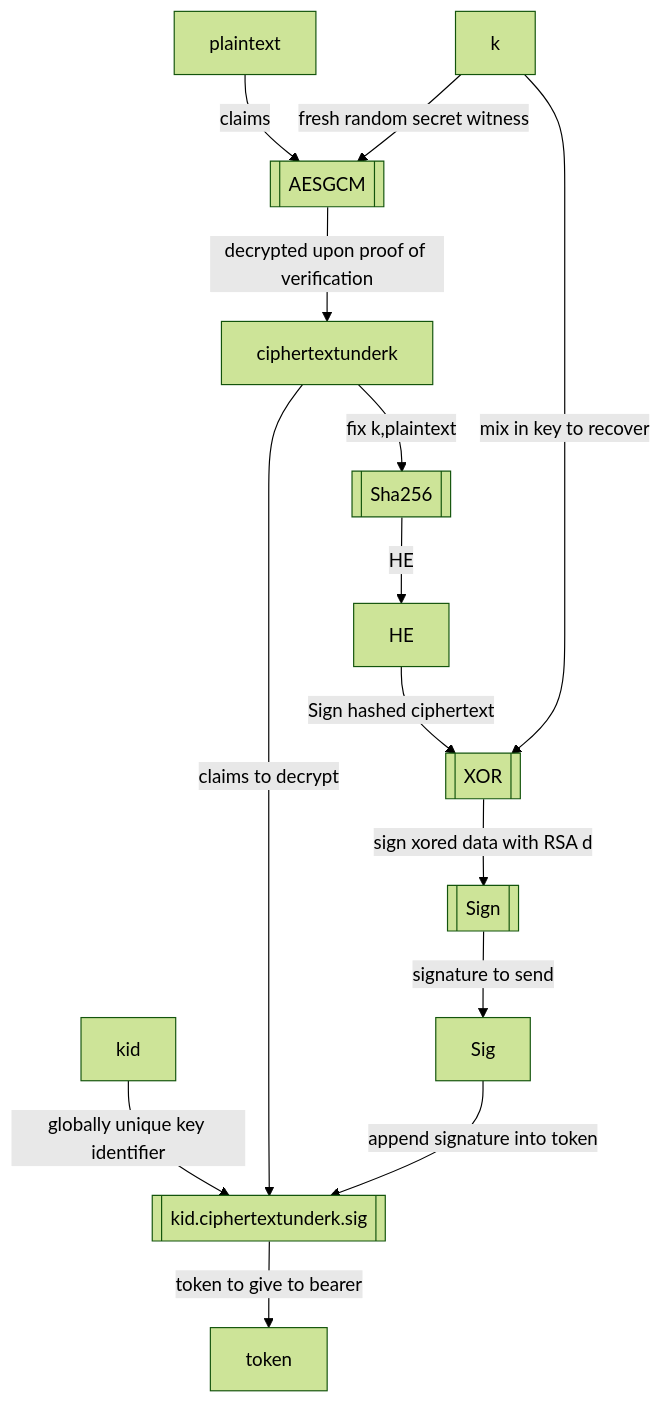
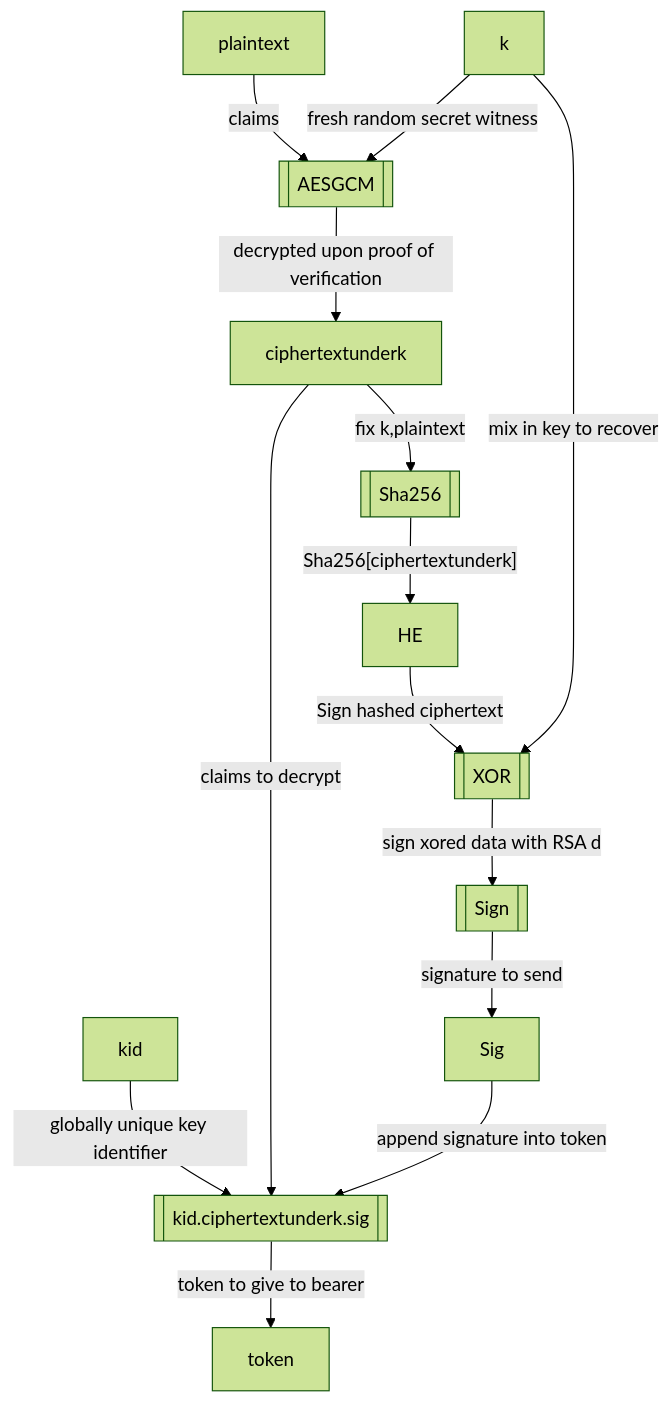
One commit to rfielding/whiskeyTango changed the second of 2 diagrams in README.md. Above: the diagram before and after it, drawn with Mermaid (forest theme).

Commit message:
update diagram

````diff
--- a/README.md
+++ b/README.md
@@ -94,21 +94,21 @@
 ```mermaid
 flowchart TB
   AESGCM[[AESGCM]]
   APPENDB64WithDots[[kid.ciphertextunderk.sig]]
   plaintext-- claims -->AESGCM
   k-- fresh random secret witness -->AESGCM
   AESGCM-- decrypted upon proof of verification -->ciphertextunderk
   kid-- globally unique key identifier -->APPENDB64WithDots
   ciphertextunderk-- claims to decrypt -->APPENDB64WithDots
   APPENDB64WithDots-- token to give to bearer -->token
   Sha256[[Sha256]]
   ciphertextunderk-- fix k,plaintext -->Sha256
   XOR[[XOR]]
   Sign[[Sign]]
-  Sha256-- HE -->HE
+  Sha256-- Sha256[ciphertextunderk] -->HE
   HE-- Sign hashed ciphertext  -->XOR
   k-- mix in key to recover -->XOR
   XOR-- sign xored data with RSA d -->Sign
   Sign-- signature to send -->Sig
   Sig-- append signature into token -->APPENDB64WithDots
 ```
````
